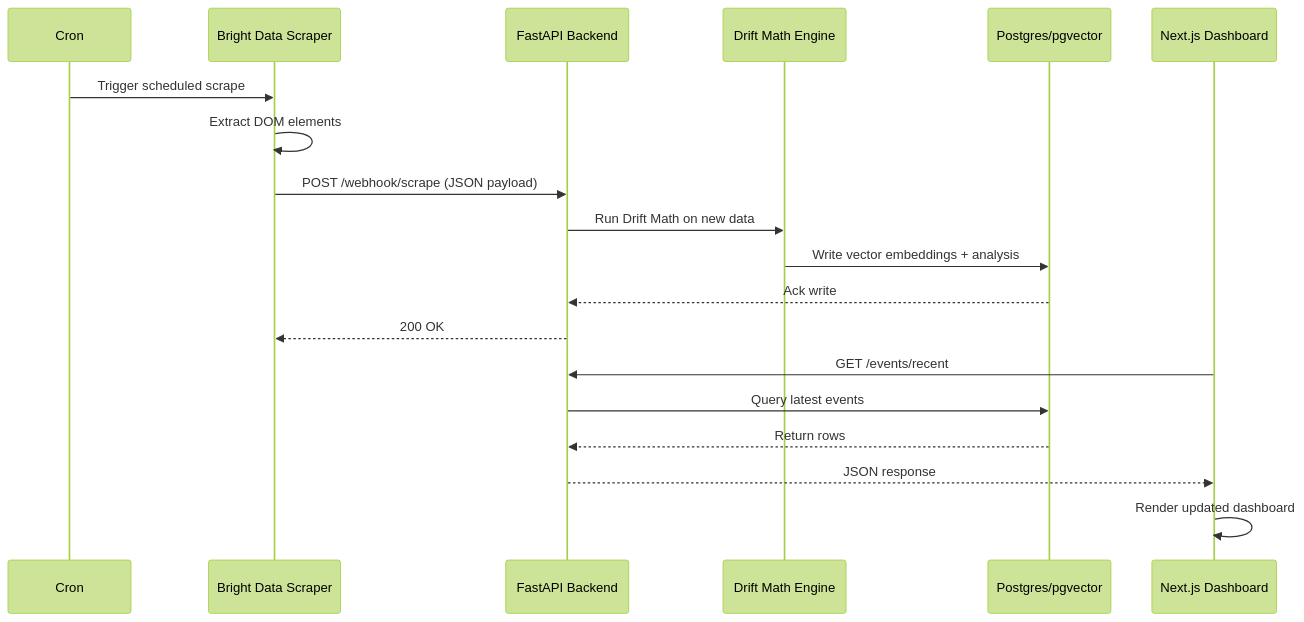
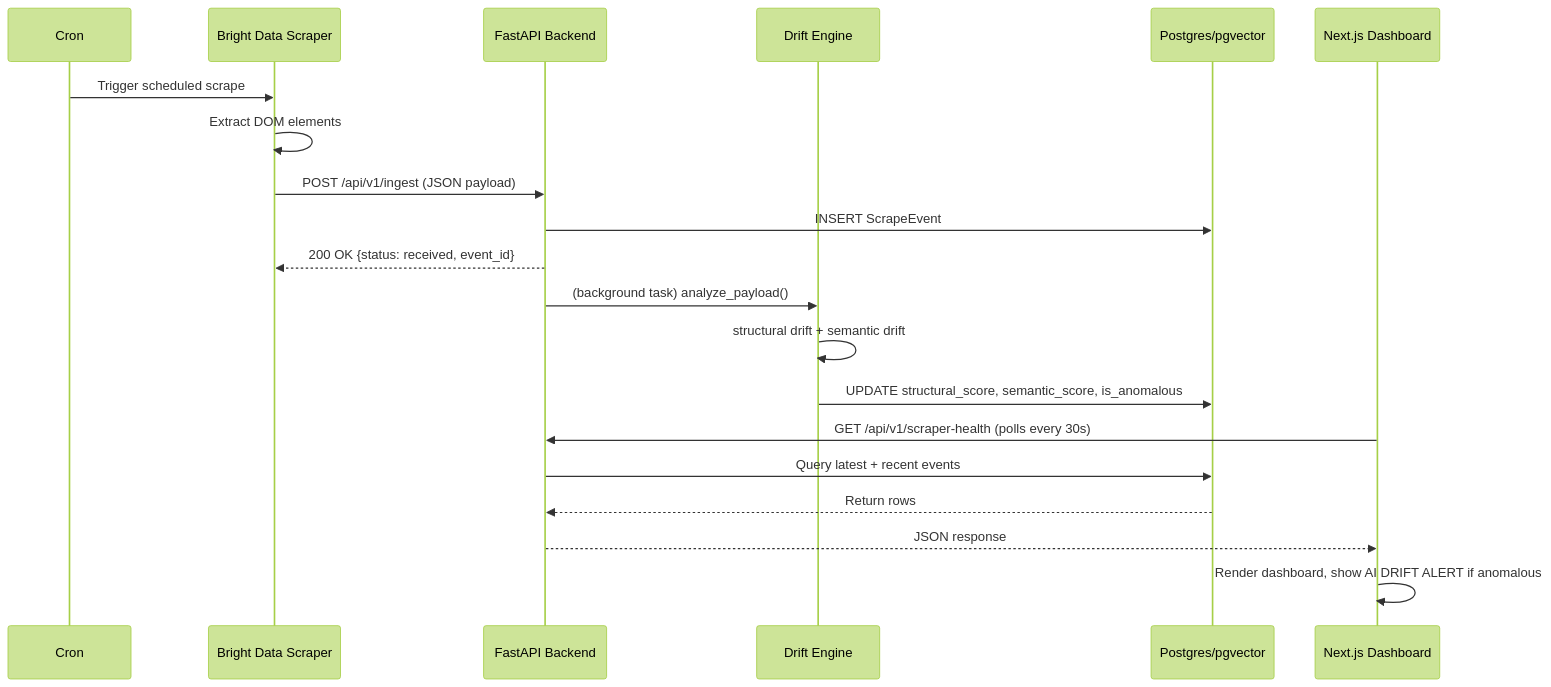
Before and after one commit to Warisha-Bilal7/biointel-into-the-scrapeverse: the second of 3 diagrams in diagrams.md, drawn with Mermaid (forest theme). The commit also changed other lines of this file and 4 other files, not shown here.

````diff
--- a/diagrams.md
+++ b/diagrams.md
@@ -18,22 +18,23 @@
 ```mermaid
 sequenceDiagram
     participant Cron
     participant Scraper as Bright Data Scraper
     participant API as FastAPI Backend
-    participant Engine as Drift Math Engine
+    participant Engine as Drift Engine
     participant DB as Postgres/pgvector
     participant UI as Next.js Dashboard
 
     Cron->>Scraper: Trigger scheduled scrape
     Scraper->>Scraper: Extract DOM elements
-    Scraper->>API: POST /webhook/scrape (JSON payload)
-    API->>Engine: Run Drift Math on new data
-    Engine->>DB: Write vector embeddings + analysis
-    DB-->>API: Ack write
-    API-->>Scraper: 200 OK
-    UI->>API: GET /events/recent
-    API->>DB: Query latest events
+    Scraper->>API: POST /api/v1/ingest (JSON payload)
+    API->>DB: INSERT ScrapeEvent
+    API-->>Scraper: 200 OK {status: received, event_id}
+    API->>Engine: (background task) analyze_payload()
+    Engine->>Engine: structural drift + semantic drift
+    Engine->>DB: UPDATE structural_score, semantic_score, is_anomalous
+    UI->>API: GET /api/v1/scraper-health (polls every 30s)
+    API->>DB: Query latest + recent events
     DB-->>API: Return rows
     API-->>UI: JSON response
-    UI->>UI: Render updated dashboard
+    UI->>UI: Render dashboard, show AI DRIFT ALERT if anomalous
 ```
````
